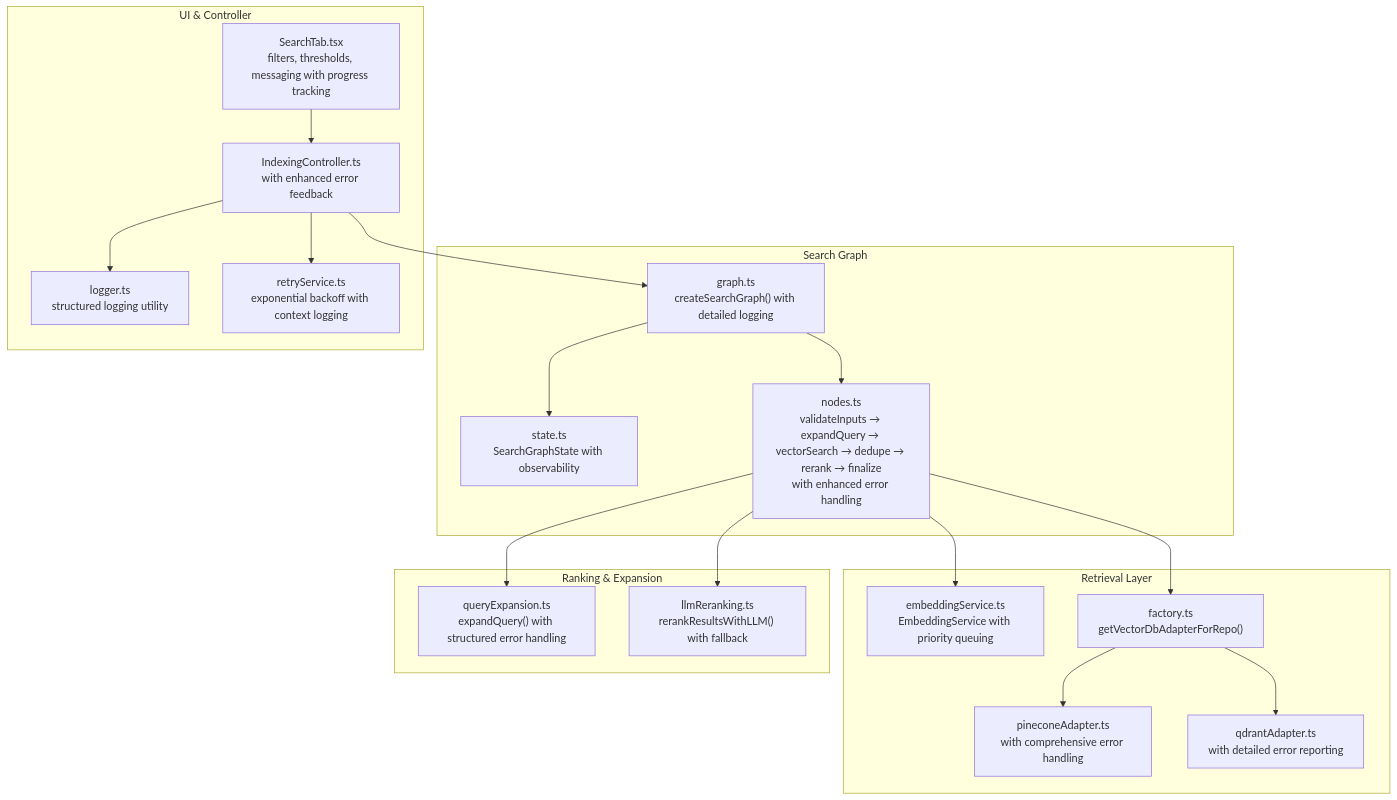
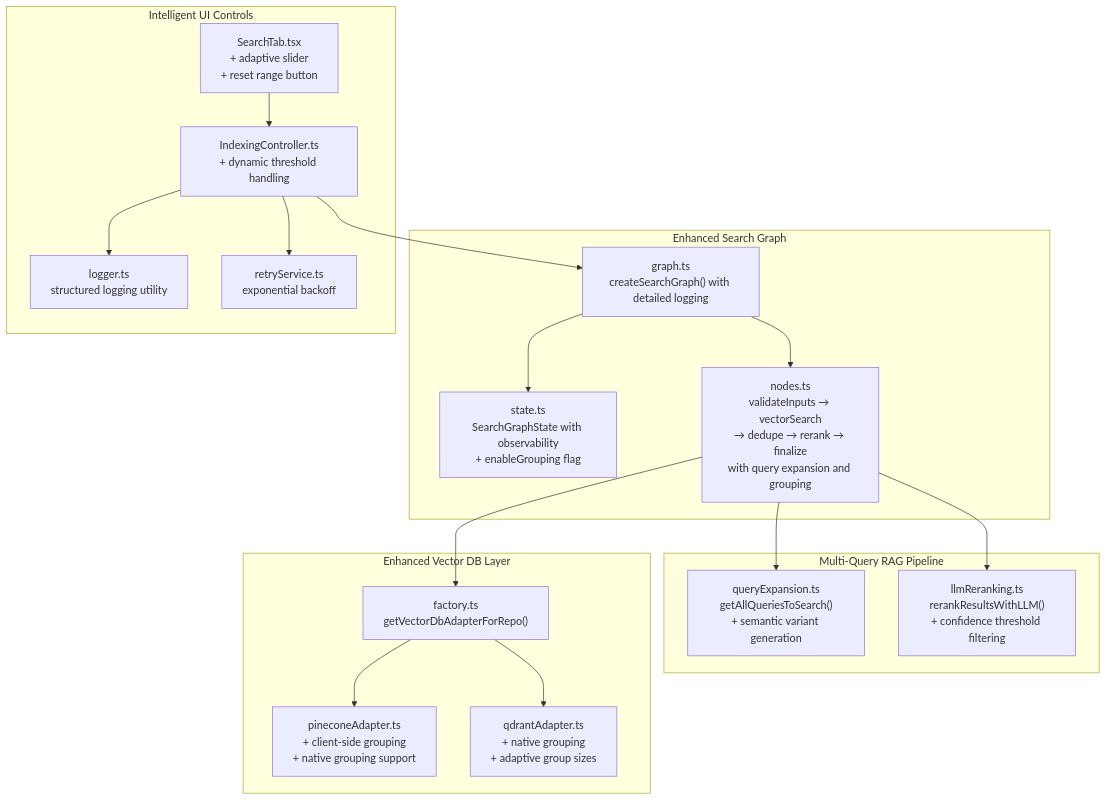
One commit to bramburn/repomix-runner changed the first of 6 diagrams in .qoder/repowiki/en/content/Indexing and Search System/Semantic Search Algorithms.md. Above: the diagram before and after it, drawn with Mermaid. The commit also changed other lines of this file and 19 other files, not shown here.

First line of the commit message:
feat(indexing): expand text file detection and sync documentation

````diff
--- a/.qoder/repowiki/en/content/Indexing and Search System/Semantic Search Algorithms.md
+++ b/.qoder/repowiki/en/content/Indexing and Search System/Semantic Search Algorithms.md
@@ -60,36 +64,34 @@
 ```mermaid
 graph TB
-subgraph "Search Graph"
+subgraph "Enhanced Search Graph"
 SG["graph.ts<br/>createSearchGraph() with detailed logging"]
-ST["state.ts<br/>SearchGraphState with observability"]
-ND["nodes.ts<br/>validateInputs → expandQuery → vectorSearch → dedupe → rerank → finalize<br/>with enhanced error handling"]
+ST["state.ts<br/>SearchGraphState with observability<br/>+ enableGrouping flag"]
+ND["nodes.ts<br/>validateInputs → vectorSearch<br/>→ dedupe → rerank → finalize<br/>with query expansion and grouping"]
 end
-subgraph "Retrieval Layer"
-ES["embeddingService.ts<br/>EmbeddingService with priority queuing"]
+subgraph "Multi-Query RAG Pipeline"
+QE["queryExpansion.ts<br/>getAllQueriesToSearch()<br/>+ semantic variant generation"]
+LR["llmReranking.ts<br/>rerankResultsWithLLM()<br/>+ confidence threshold filtering"]
+end
+subgraph "Enhanced Vector DB Layer"
 VF["factory.ts<br/>getVectorDbAdapterForRepo()"]
-PC["pineconeAdapter.ts<br/>with comprehensive error handling"]
-QD["qdrantAdapter.ts<br/>with detailed error reporting"]
+PC["pineconeAdapter.ts<br/>+ client-side grouping<br/>+ native grouping support"]
+QD["qdrantAdapter.ts<br/>+ native grouping<br/>+ adaptive group sizes"]
 end
-subgraph "Ranking & Expansion"
-QE["queryExpansion.ts<br/>expandQuery() with structured error handling"]
-LR["llmReranking.ts<br/>rerankResultsWithLLM() with fallback"]
-end
-subgraph "UI & Controller"
-IC["IndexingController.ts<br/>with enhanced error feedback"]
-STab["SearchTab.tsx<br/>filters, thresholds, messaging with progress tracking"]
+subgraph "Intelligent UI Controls"
+IC["IndexingController.ts<br/>+ dynamic threshold handling"]
+STab["SearchTab.tsx<br/>+ adaptive slider<br/>+ reset range button"]
 LG["logger.ts<br/>structured logging utility"]
-RS["retryService.ts<br/>exponential backoff with context logging"]
+RS["retryService.ts<br/>exponential backoff"]
 end
 SG --> ST
 SG --> ND
-ND --> ES
+ND --> QE
+ND --> LR
 ND --> VF
 VF --> PC
 VF --> QD
-ND --> QE
-ND --> LR
 IC --> SG
 IC --> LG
 IC --> RS
 STab --> IC
 ```
````
